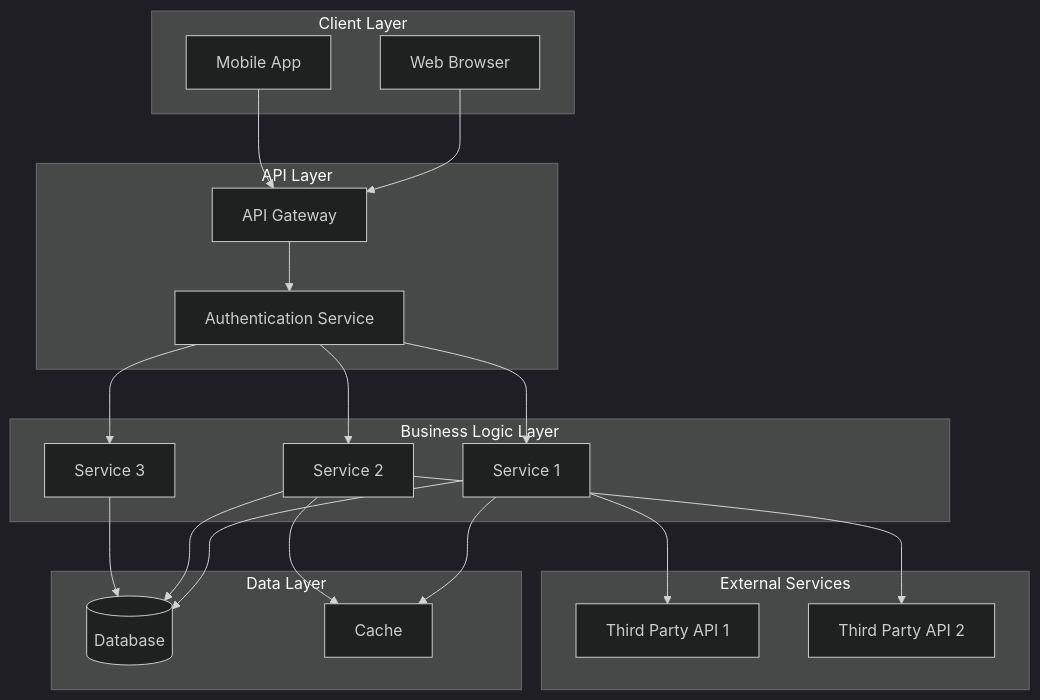
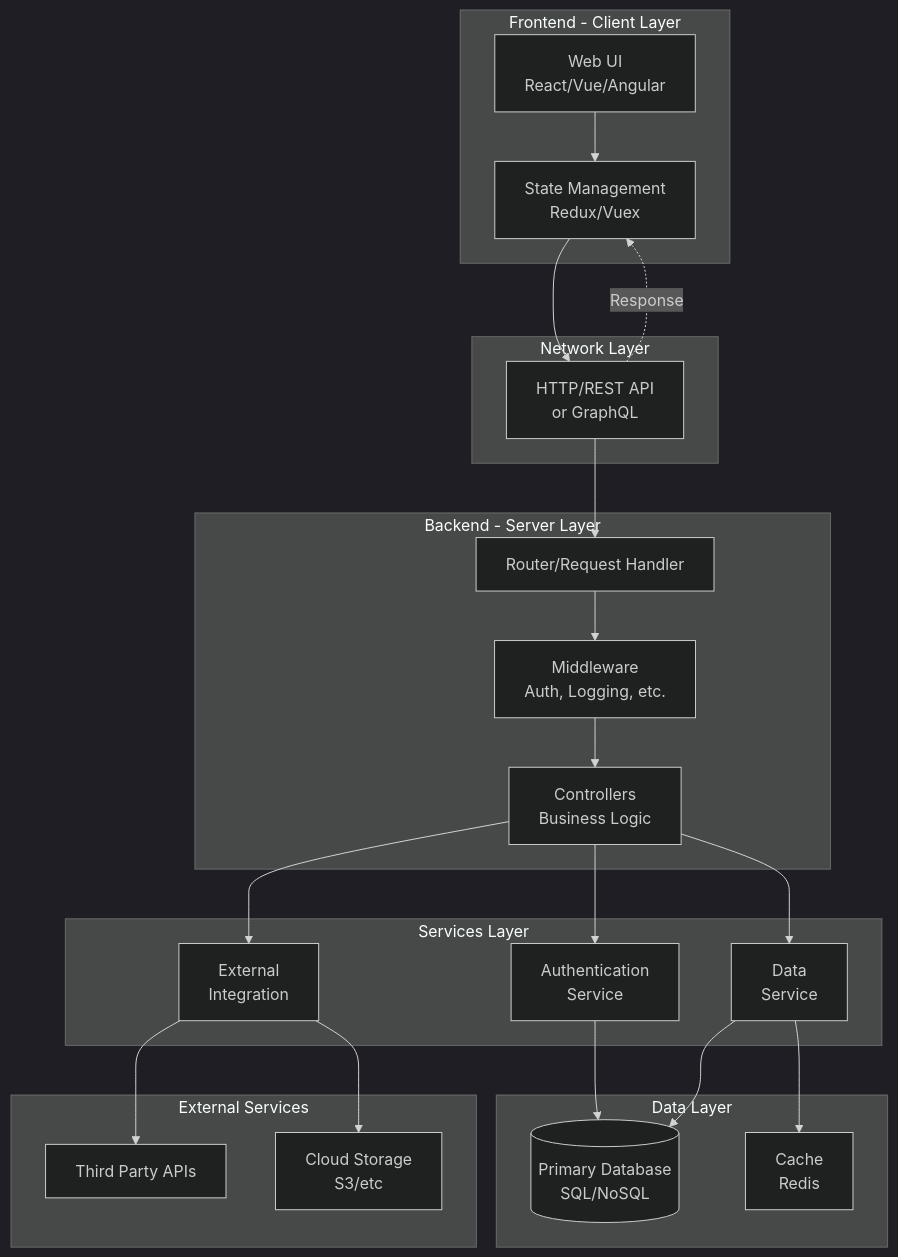
The diagram in README.md (Ukakelly/ellamira), drawn with Mermaid (dark theme) before and after one commit. The commit also changed other lines of this file, not shown here.

Commit message:
Update with detailed web application architecture diagram

````diff
--- a/README.md
+++ b/README.md
@@ -5,42 +5,48 @@
 ```mermaid
 graph TB
-    subgraph Client["Client Layer"]
-        Web["Web Browser"]
-        Mobile["Mobile App"]
+    subgraph Client["Frontend - Client Layer"]
+        UI["Web UI<br/>React/Vue/Angular"]
+        State["State Management<br/>Redux/Vuex"]
     end
     
-    subgraph API["API Layer"]
-        Gateway["API Gateway"]
-        Auth["Authentication Service"]
+    subgraph Network["Network Layer"]
+        HTTP["HTTP/REST API<br/>or GraphQL"]
     end
     
-    subgraph Services["Business Logic Layer"]
-        Service1["Service 1"]
-        Service2["Service 2"]
-        Service3["Service 3"]
+    subgraph Backend["Backend - Server Layer"]
+        Router["Router/Request Handler"]
+        Middleware["Middleware<br/>Auth, Logging, etc."]
+        Controller["Controllers<br/>Business Logic"]
+    end
+    
+    subgraph Services["Services Layer"]
+        AuthService["Authentication<br/>Service"]
+        DataService["Data<br/>Service"]
+        ExternalService["External<br/>Integration"]
     end
     
     subgraph Data["Data Layer"]
-        DB[(Database)]
-        Cache["Cache"]
+        DB[(Primary Database<br/>SQL/NoSQL)]
+        Cache["Cache<br/>Redis"]
     end
     
     subgraph External["External Services"]
-        ExtAPI1["Third Party API 1"]
-        ExtAPI2["Third Party API 2"]
+        ThirdParty["Third Party APIs"]
+        Storage["Cloud Storage<br/>S3/etc"]
     end
     
-    Web --> Gateway
-    Mobile --> Gateway
-    Gateway --> Auth
-    Auth --> Service1
-    Auth --> Service2
-    Auth --> Service3
-    Service1 --> DB
-    Service1 --> Cache
-    Service2 --> DB
-    Service2 --> Cache
-    Service3 --> DB
-    Service1 --> ExtAPI1
-    Service2 --> ExtAPI2
+    UI --> State
+    State --> HTTP
+    HTTP --> Router
+    Router --> Middleware
+    Middleware --> Controller
+    Controller --> AuthService
+    Controller --> DataService
+    Controller --> ExternalService
+    AuthService --> DB
+    DataService --> DB
+    DataService --> Cache
+    ExternalService --> ThirdParty
+    ExternalService --> Storage
+    HTTP -.->|Response| State
 ```
````
